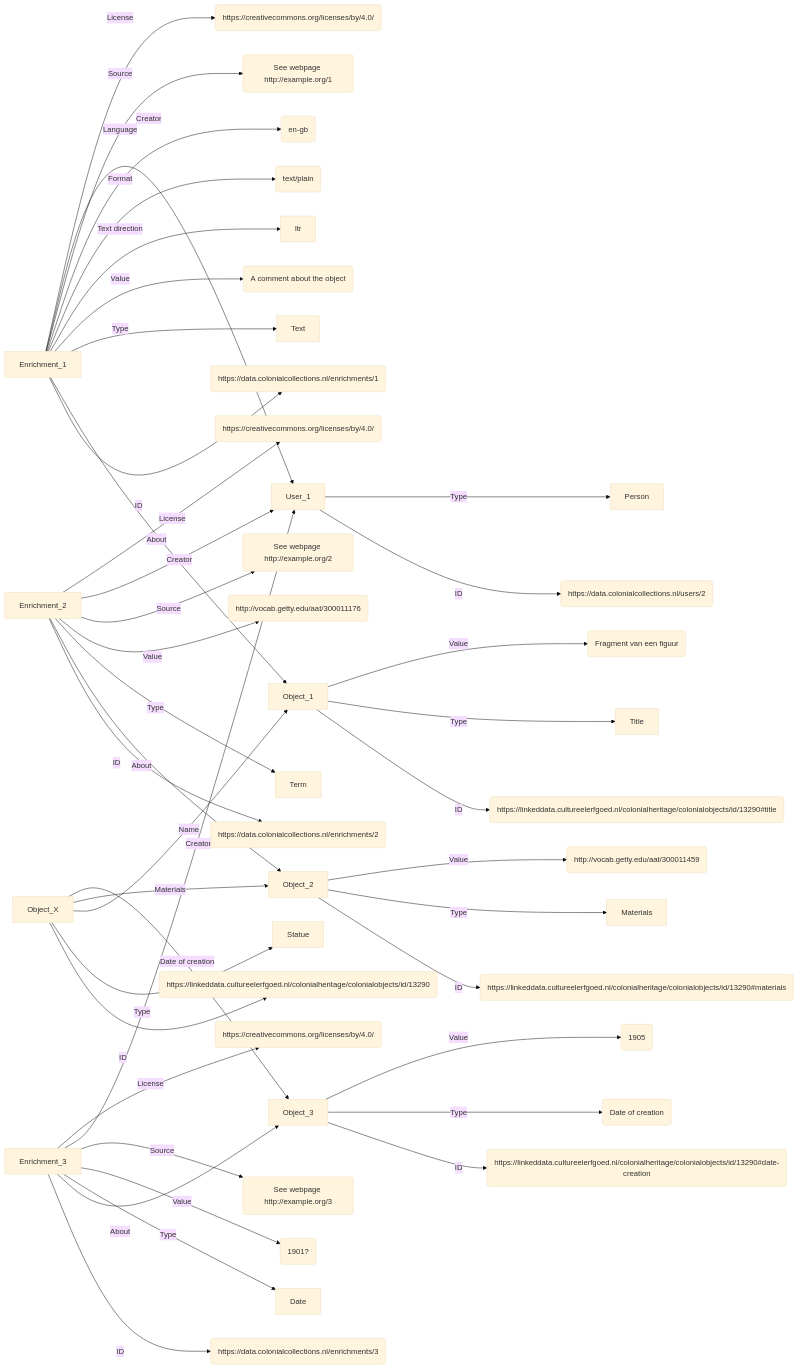
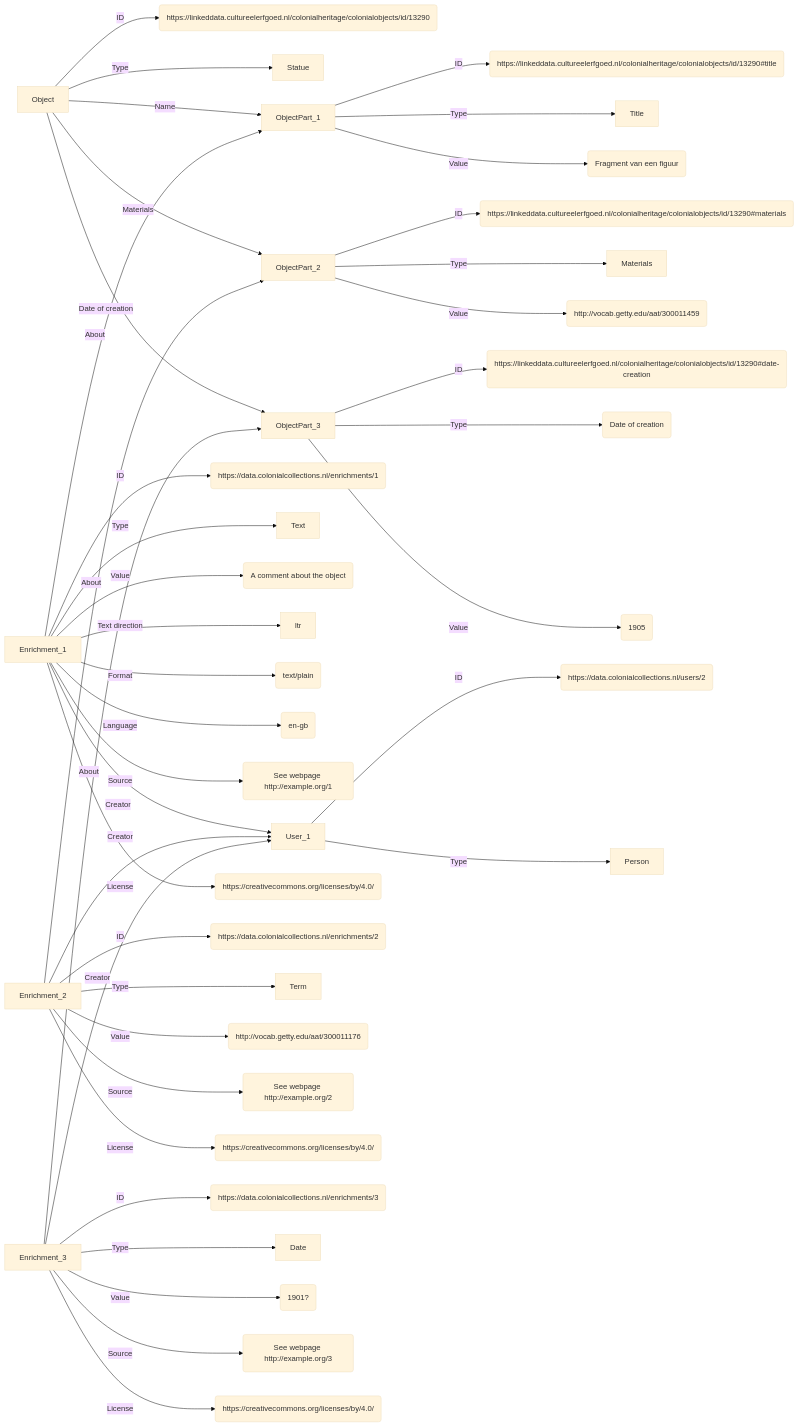
Before and after one commit to colonial-heritage/data-models: the diagram in user-enrichments/conceptual.md, drawn with Mermaid (base theme).

````diff
--- a/user-enrichments/conceptual.md
+++ b/user-enrichments/conceptual.md
@@ -63,50 +63,50 @@
 ```mermaid
 graph LR
+  Object -- ID --> id7(https://linkeddata.cultureelerfgoed.nl/colonialheritage/colonialobjects/id/13290)
+  Object -- Type --> Statue
+  Object -- Name --> ObjectPart_1
+  Object -- Materials --> ObjectPart_2
+  Object -- "Date of creation" --> ObjectPart_3
+
   Enrichment_1 -- ID --> id1(https://data.colonialcollections.nl/enrichments/1)
-  Enrichment_1 -- About --> Object_1
+  Enrichment_1 -- About --> ObjectPart_1
   Enrichment_1 -- Type --> Text
   Enrichment_1 -- Value --> value1(A comment about the object)
   Enrichment_1 -- "Text direction" --> ltr
   Enrichment_1 -- Format --> format1(text/plain)
   Enrichment_1 -- Language --> lang1(en-gb)
   Enrichment_1 -- Source --> source1(See webpage http://example.org/1)
   Enrichment_1 -- Creator --> User_1
   Enrichment_1 -- License --> license1(https://creativecommons.org/licenses/by/4.0/)
 
   Enrichment_2 -- ID --> id2(https://data.colonialcollections.nl/enrichments/2)
-  Enrichment_2 -- About --> Object_2
+  Enrichment_2 -- About --> ObjectPart_2
   Enrichment_2 -- Type --> Term
   Enrichment_2 -- Value --> value2(http://vocab.getty.edu/aat/300011176)
   Enrichment_2 -- Source --> source2(See webpage http://example.org/2)
   Enrichment_2 -- Creator --> User_1
   Enrichment_2 -- License --> license2(https://creativecommons.org/licenses/by/4.0/)
 
   Enrichment_3 -- ID --> id3(https://data.colonialcollections.nl/enrichments/3)
-  Enrichment_3 -- About --> Object_3
+  Enrichment_3 -- About --> ObjectPart_3
   Enrichment_3 -- Type --> Date
   Enrichment_3 -- Value --> value3(1901?)
   Enrichment_3 -- Source --> source3(See webpage http://example.org/3)
   Enrichment_3 -- Creator --> User_1
   Enrichment_3 -- License --> license3(https://creativecommons.org/licenses/by/4.0/)
 
-  Object_1 -- ID --> id4(https://linkeddata.cultureelerfgoed.nl/colonialheritage/colonialobjects/id/13290#title)
-  Object_1 -- Type --> Title
-  Object_1 -- Value --> title1(Fragment van een figuur)
+  ObjectPart_1 -- ID --> id4(https://linkeddata.cultureelerfgoed.nl/colonialheritage/colonialobjects/id/13290#title)
+  ObjectPart_1 -- Type --> Title
+  ObjectPart_1 -- Value --> title1(Fragment van een figuur)
 
-  Object_2 -- ID --> id5(https://linkeddata.cultureelerfgoed.nl/colonialheritage/colonialobjects/id/13290#materials)
-  Object_2 -- Type --> Materials
-  Object_2 -- Value --> value4(http://vocab.getty.edu/aat/300011459)
+  ObjectPart_2 -- ID --> id5(https://linkeddata.cultureelerfgoed.nl/colonialheritage/colonialobjects/id/13290#materials)
+  ObjectPart_2 -- Type --> Materials
+  ObjectPart_2 -- Value --> value4(http://vocab.getty.edu/aat/300011459)
 
-  Object_3 -- ID --> id6(https://linkeddata.cultureelerfgoed.nl/colonialheritage/colonialobjects/id/13290#date-creation)
-  Object_3 -- Type --> type1(Date of creation)
-  Object_3 -- Value --> date(1905)
-
-  Object_X -- ID --> id7(https://linkeddata.cultureelerfgoed.nl/colonialheritage/colonialobjects/id/13290)
-  Object_X -- Type --> Statue
-  Object_X -- Name --> Object_1
-  Object_X -- Materials --> Object_2
-  Object_X -- "Date of creation" --> Object_3
+  ObjectPart_3 -- ID --> id6(https://linkeddata.cultureelerfgoed.nl/colonialheritage/colonialobjects/id/13290#date-creation)
+  ObjectPart_3 -- Type --> type1(Date of creation)
+  ObjectPart_3 -- Value --> date(1905)
 
   User_1 -- ID --> id8(https://data.colonialcollections.nl/users/2)
   User_1 -- Type --> Person
 ```
````
